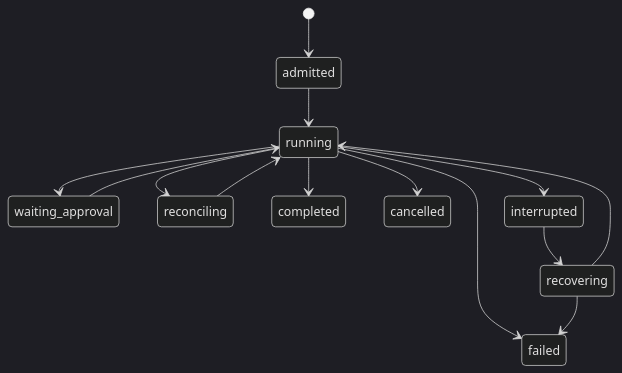
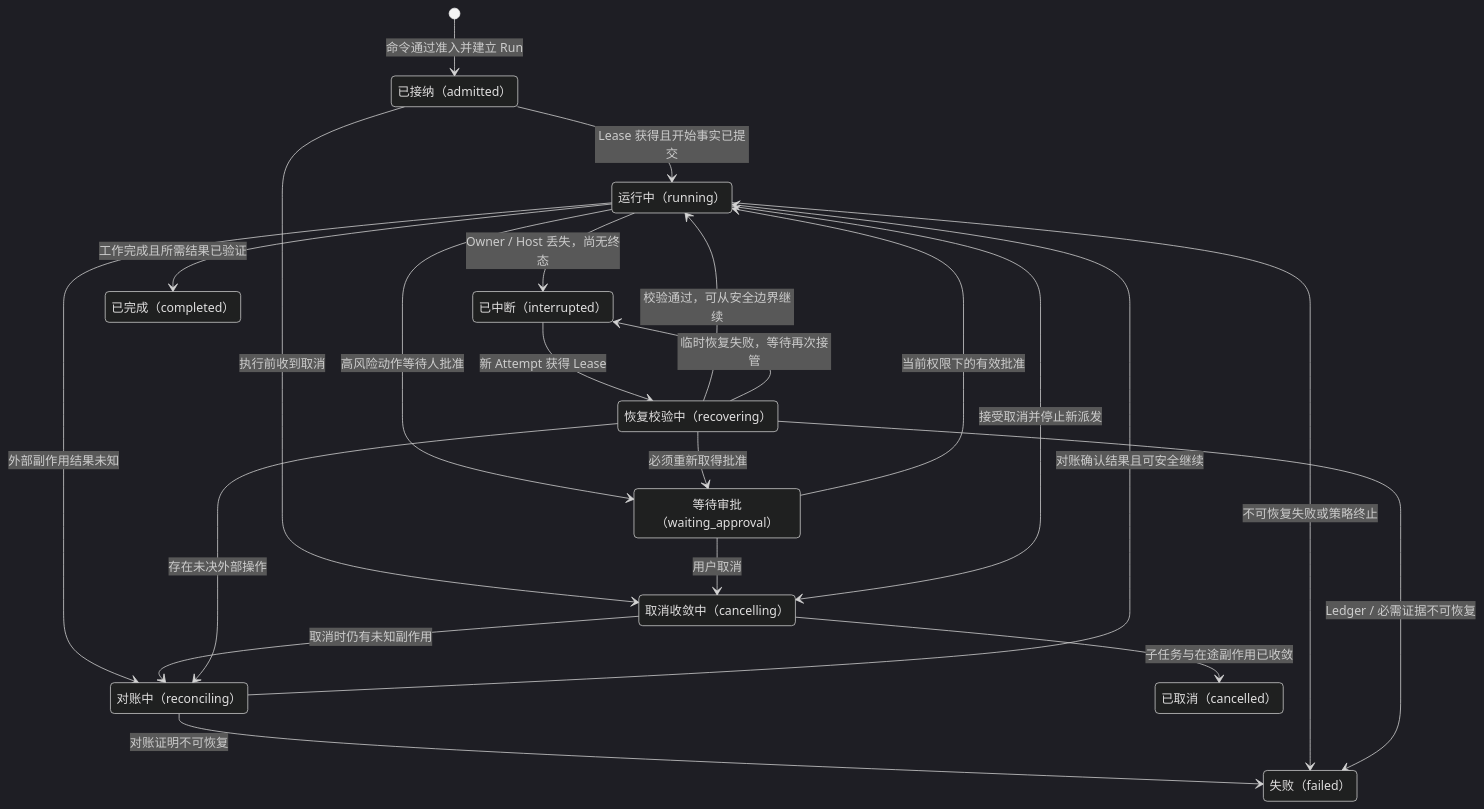
One commit to Cainheart/tracegraph-agent changed the third of 5 diagrams in docs/outlive-agent-v2/01-system-architecture/03-identity-state-recovery.md. Above: the diagram before and after it, drawn with Mermaid (dark theme). The commit also changed other lines of this file and 35 other files, not shown here.

First line of the commit message:
docs(architecture): 以 Agent Runtime 与 Session/Evidence 取代三平面模型

````diff
--- a/docs/outlive-agent-v2/01-system-architecture/03-identity-state-recovery.md
+++ b/docs/outlive-agent-v2/01-system-architecture/03-identity-state-recovery.md
@@ -31,16 +93,35 @@
 ```mermaid
 stateDiagram-v2
-  [*] --> admitted
-  admitted --> running
-  running --> waiting_approval
-  waiting_approval --> running
-  running --> reconciling
-  reconciling --> running
-  running --> completed
-  running --> failed
-  running --> cancelled
-  running --> interrupted
-  interrupted --> recovering
-  recovering --> running
-  recovering --> failed
+  state "已接纳（admitted）" as admitted
+  state "运行中（running）" as running
+  state "等待审批（waiting_approval）" as waiting_approval
+  state "取消收敛中（cancelling）" as cancelling
+  state "对账中（reconciling）" as reconciling
+  state "已中断（interrupted）" as interrupted
+  state "恢复校验中（recovering）" as recovering
+  state "已完成（completed）" as completed
+  state "失败（failed）" as failed
+  state "已取消（cancelled）" as cancelled
+
+  [*] --> admitted: 命令通过准入并建立 Run
+  admitted --> running: Lease 获得且开始事实已提交
+  admitted --> cancelling: 执行前收到取消
+  running --> waiting_approval: 高风险动作等待人批准
+  waiting_approval --> running: 当前权限下的有效批准
+  waiting_approval --> cancelling: 用户取消
+  running --> reconciling: 外部副作用结果未知
+  reconciling --> running: 对账确认结果且可安全继续
+  reconciling --> failed: 对账证明不可恢复
+  running --> cancelling: 接受取消并停止新派发
+  cancelling --> cancelled: 子任务与在途副作用已收敛
+  cancelling --> reconciling: 取消时仍有未知副作用
+  running --> completed: 工作完成且所需结果已验证
+  running --> failed: 不可恢复失败或策略终止
+  running --> interrupted: Owner / Host 丢失，尚无终态
+  interrupted --> recovering: 新 Attempt 获得 Lease
+  recovering --> running: 校验通过，可从安全边界继续
+  recovering --> waiting_approval: 必须重新取得批准
+  recovering --> reconciling: 存在未决外部操作
+  recovering --> interrupted: 临时恢复失败，等待再次接管
+  recovering --> failed: Ledger / 必需证据不可恢复
 ```
````
